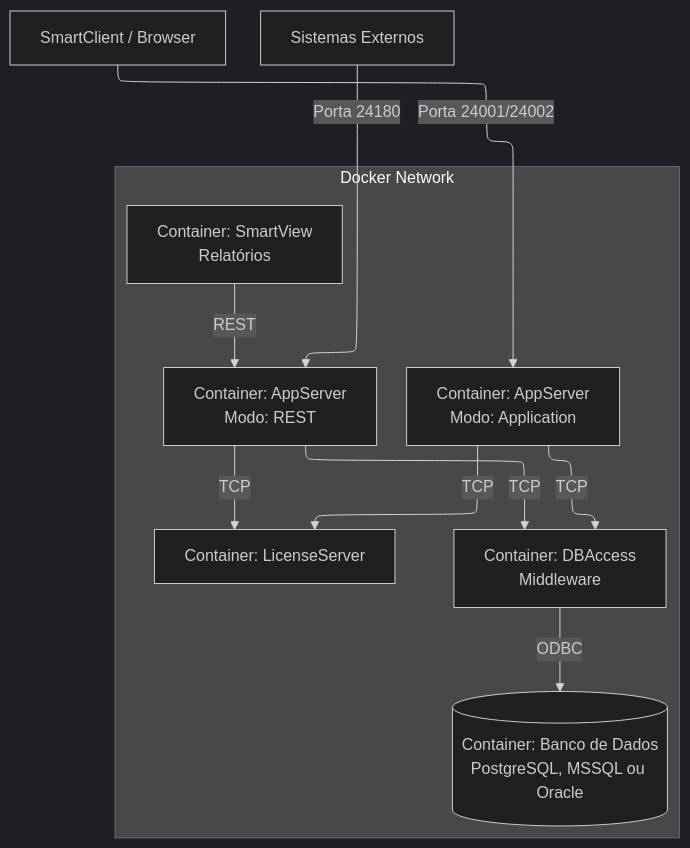
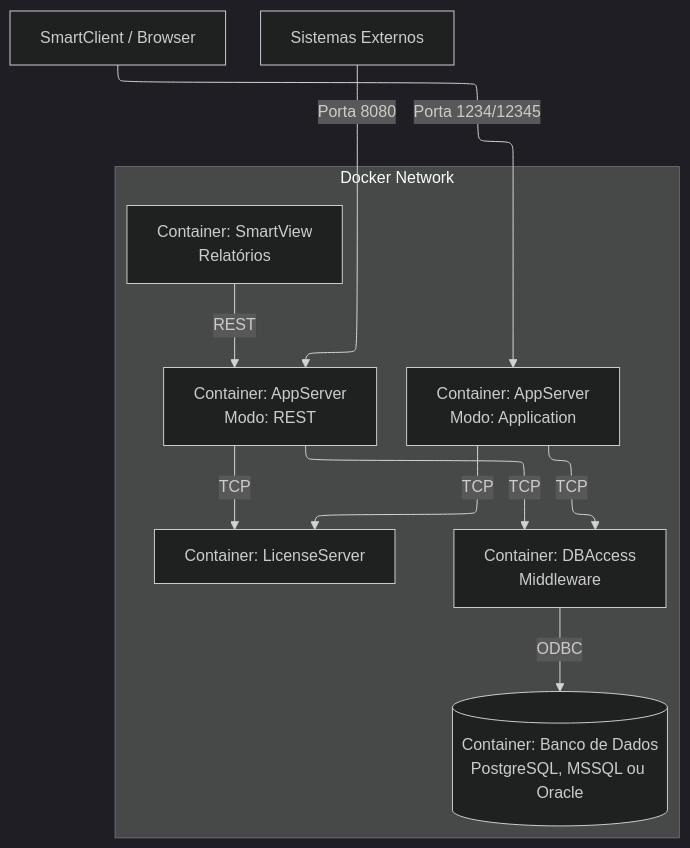
Before and after one commit to juliansantosinfo/TOTVS-Protheus-in-Docker: the diagram in docs/v1.0/02_Arquitetura.md, drawn with Mermaid (dark theme). The commit also changed other lines of this file and 11 other files, not shown here.

````diff
--- a/docs/v1.0/02_Arquitetura.md
+++ b/docs/v1.0/02_Arquitetura.md
@@ -9,21 +9,21 @@
 ```mermaid
 ---
 config:
   layout: elk
 ---
 flowchart TB
  subgraph subGraph0["Docker Network"]
         AppServer["Container: AppServer<br>Modo: Application"]
         AppRest["Container: AppServer<br>Modo: REST"]
         SmartView["Container: SmartView<br>Relatórios"]
         DBAccess["Container: DBAccess<br>Middleware"]
         License["Container: LicenseServer"]
         Database[("Container: Banco de Dados<br>PostgreSQL, MSSQL ou Oracle")]
   end
-    Client["SmartClient / Browser"] -- Porta 24001/24002 --> AppServer
-    ExtSystem["Sistemas Externos"] -- Porta 24180 --> AppRest
+    Client["SmartClient / Browser"] -- Porta 1234/12345 --> AppServer
+    ExtSystem["Sistemas Externos"] -- Porta 8080 --> AppRest
     AppServer -- TCP --> DBAccess & License
     AppRest -- TCP --> DBAccess & License
     SmartView -- REST --> AppRest
     DBAccess -- ODBC --> Database
 ```
````
